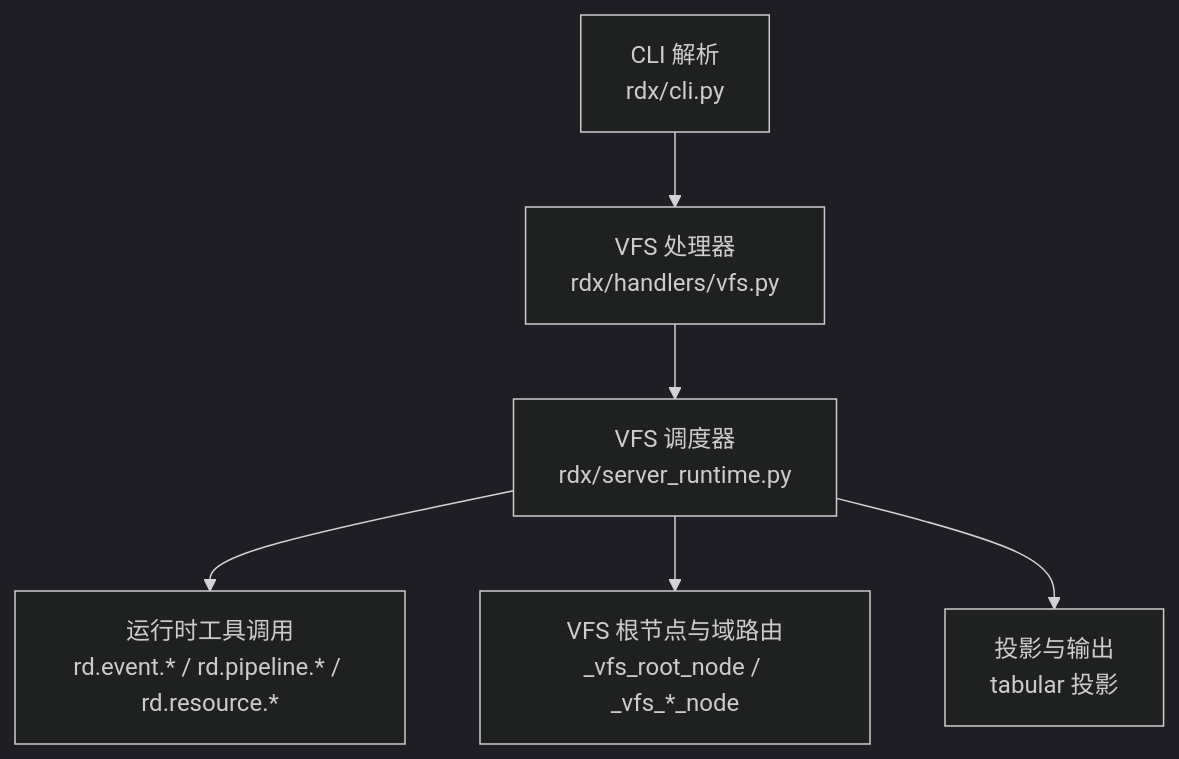
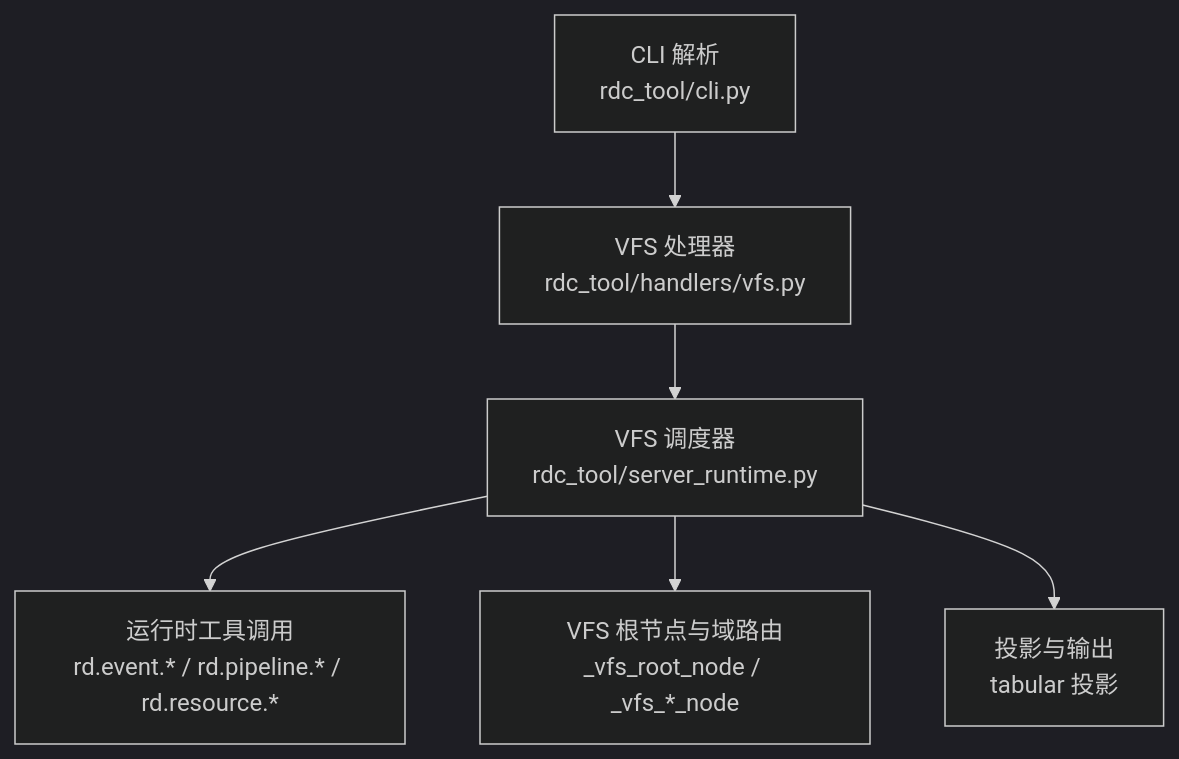
Before and after one commit to haolange/RDC-Tool: the first of 8 diagrams in .qoder/repowiki/zh/content/CLI参考手册/虚拟文件系统命令.md, drawn with Mermaid (dark theme). The commit also changed other lines of this file and 388 other files, not shown here.

First line of the commit message:
Release RDC-Tool identity and public maintenance surface

````diff
--- a/.qoder/repowiki/zh/content/CLI参考手册/虚拟文件系统命令.md
+++ b/.qoder/repowiki/zh/content/CLI参考手册/虚拟文件系统命令.md
@@ -42,8 +42,8 @@
 ```mermaid
 graph TB
-A["CLI 解析<br/>rdx/cli.py"] --> B["VFS 处理器<br/>rdx/handlers/vfs.py"]
-B --> C["VFS 调度器<br/>rdx/server_runtime.py"]
+A["CLI 解析<br/>rdc_tool/cli.py"] --> B["VFS 处理器<br/>rdc_tool/handlers/vfs.py"]
+B --> C["VFS 调度器<br/>rdc_tool/server_runtime.py"]
 C --> D["运行时工具调用<br/>rd.event.* / rd.pipeline.* / rd.resource.*"]
 C --> E["VFS 根节点与域路由<br/>_vfs_root_node / _vfs_*_node"]
 C --> F["投影与输出<br/>tabular 投影"]
 ```
````
